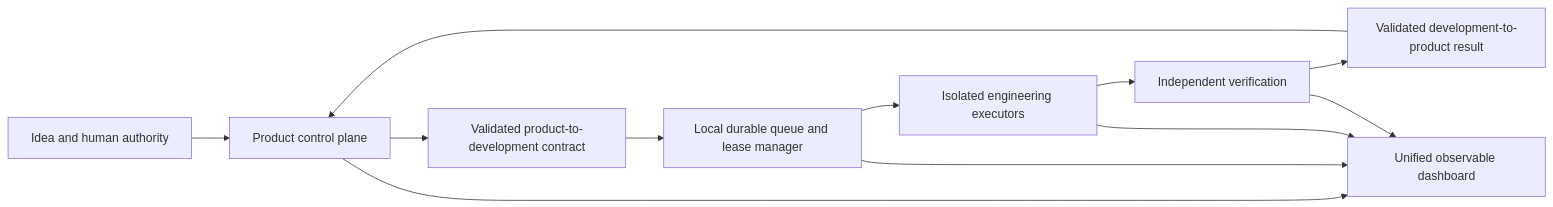
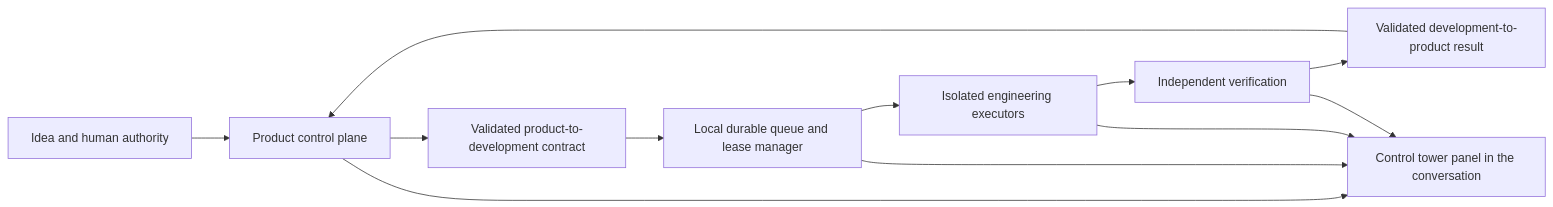
One commit to sedwna/open-product-operations-os changed the diagram in docs/automation/README.md. Above: the diagram before and after it, drawn with Mermaid. The commit also changed other lines of this file and 33 other files, not shown here.

````diff
--- a/docs/automation/README.md
+++ b/docs/automation/README.md
@@ -24,14 +24,14 @@
 ```mermaid
 flowchart LR
     U["Idea and human authority"] --> P["Product control plane"]
     P --> C["Validated product-to-development contract"]
     C --> Q["Local durable queue and lease manager"]
     Q --> E["Isolated engineering executors"]
     E --> V["Independent verification"]
     V --> R["Validated development-to-product result"]
     R --> P
-    P --> D["Unified observable dashboard"]
+    P --> D["Control tower panel in the conversation"]
     Q --> D
     E --> D
     V --> D
 ```
````
